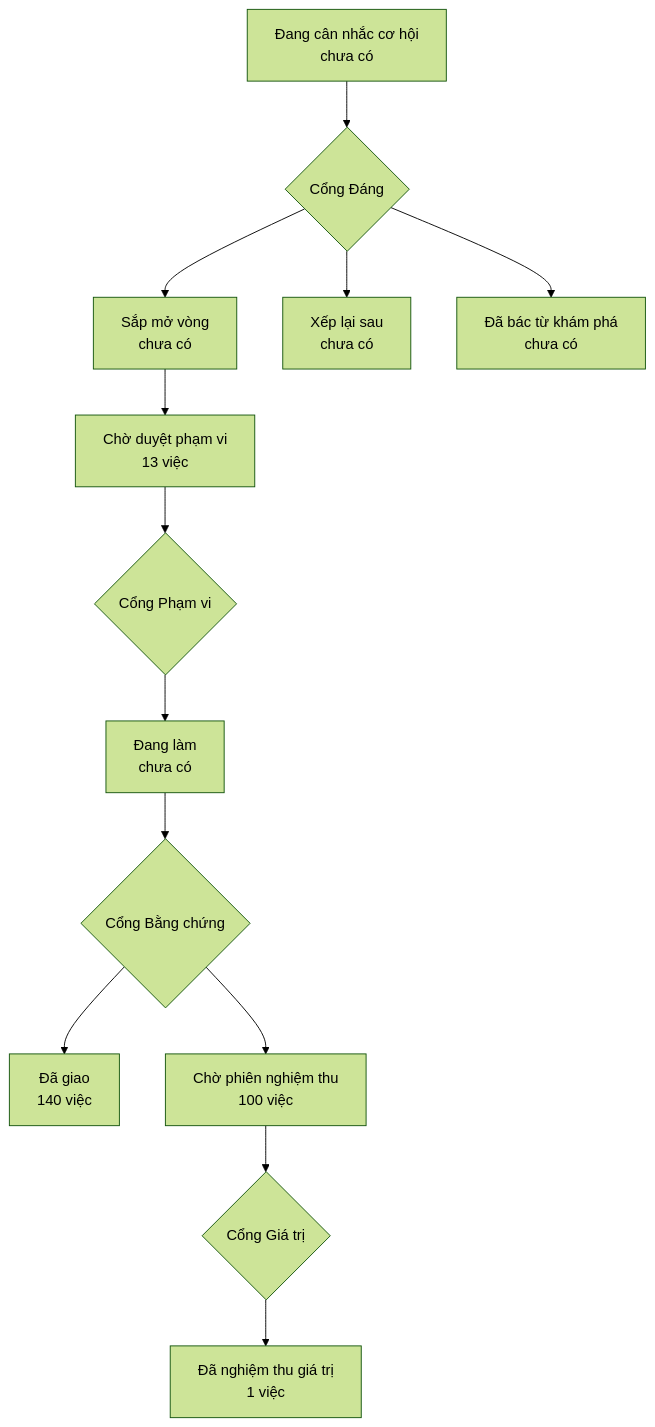
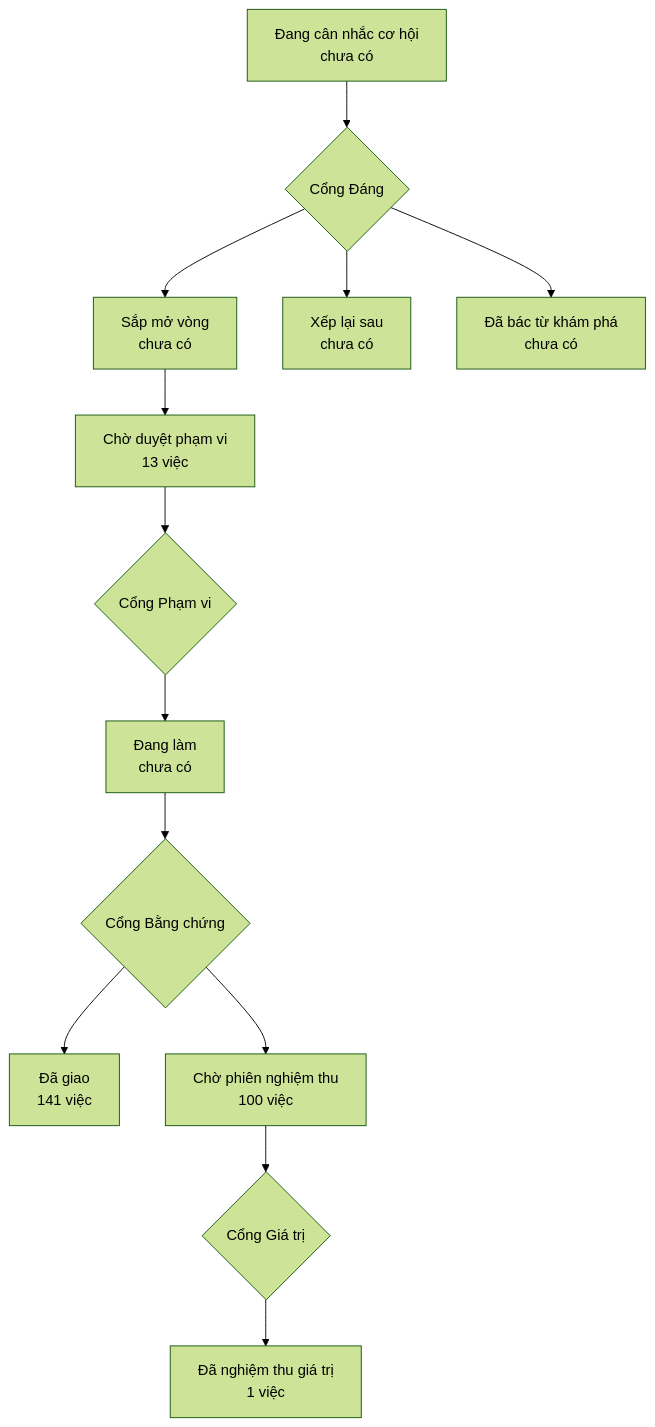
The diagram in PRODUCT-MAP.md (phanlemanh/onehub-invest), drawn with Mermaid (forest theme) before and after one commit. The commit also changed other lines of this file and 1 other file, not shown here.

Commit message:
docs(acceptance): vẽ lại lộ trình sau khi gộp main

````diff
--- a/PRODUCT-MAP.md
+++ b/PRODUCT-MAP.md
@@ -7,12 +7,12 @@
 ```mermaid
 flowchart TD
   A["Đang cân nhắc cơ hội<br/>chưa có"] --> GD{"Cổng Đáng"}
   GD --> B["Sắp mở vòng<br/>chưa có"]
   GD --> XL["Xếp lại sau<br/>chưa có"]
   GD --> DB["Đã bác từ khám phá<br/>chưa có"]
   B --> CD["Chờ duyệt phạm vi<br/>13 việc"] --> GP{"Cổng Phạm vi"}
   GP --> DL["Đang làm<br/>chưa có"] --> GB{"Cổng Bằng chứng"}
-  GB --> DG["Đã giao<br/>140 việc"]
+  GB --> DG["Đã giao<br/>141 việc"]
   GB --> CN["Chờ phiên nghiệm thu<br/>100 việc"] --> GG{"Cổng Giá trị"}
   GG --> NT["Đã nghiệm thu giá trị<br/>1 việc"]
 ```
````
